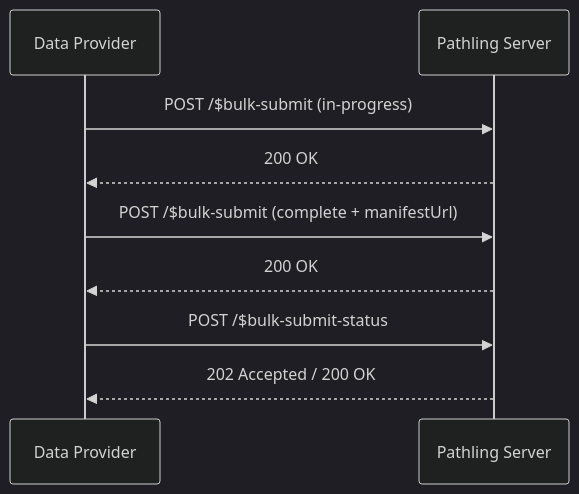
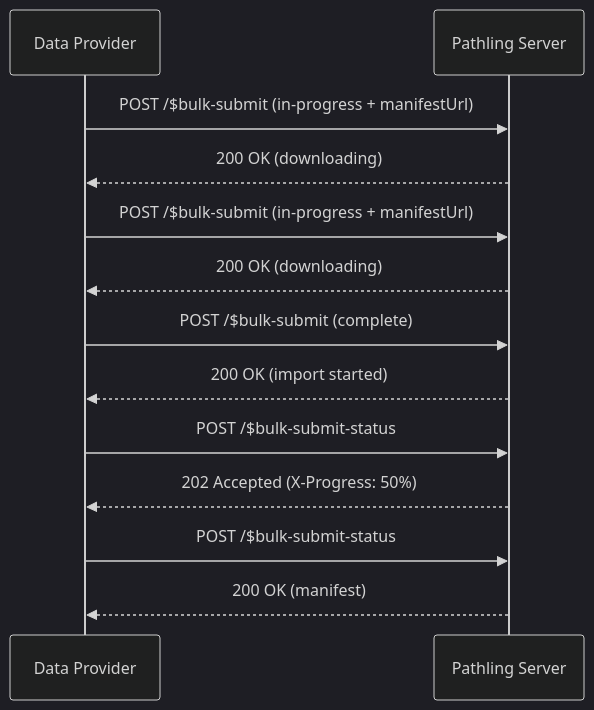
One commit to aehrc/pathling changed the diagram in site/docs/server/operations/bulk-submit.md. Above: the diagram before and after it, drawn with Mermaid (dark theme). The commit also changed other lines of this file, not shown here.

First line of the commit message:
docs: Update bulk submit documentation for new workflow

````diff
--- a/site/docs/server/operations/bulk-submit.md
+++ b/site/docs/server/operations/bulk-submit.md
@@ -40,11 +37,15 @@
 ```mermaid
 sequenceDiagram
     participant DP as Data Provider
     participant PS as Pathling Server
-    DP->>PS: POST /$bulk-submit (in-progress)
-    PS-->>DP: 200 OK
-    DP->>PS: POST /$bulk-submit (complete + manifestUrl)
-    PS-->>DP: 200 OK
+    DP->>PS: POST /$bulk-submit (in-progress + manifestUrl)
+    PS-->>DP: 200 OK (downloading)
+    DP->>PS: POST /$bulk-submit (in-progress + manifestUrl)
+    PS-->>DP: 200 OK (downloading)
+    DP->>PS: POST /$bulk-submit (complete)
+    PS-->>DP: 200 OK (import started)
     DP->>PS: POST /$bulk-submit-status
-    PS-->>DP: 202 Accepted / 200 OK
+    PS-->>DP: 202 Accepted (X-Progress: 50%)
+    DP->>PS: POST /$bulk-submit-status
+    PS-->>DP: 200 OK (manifest)
 ```
````
